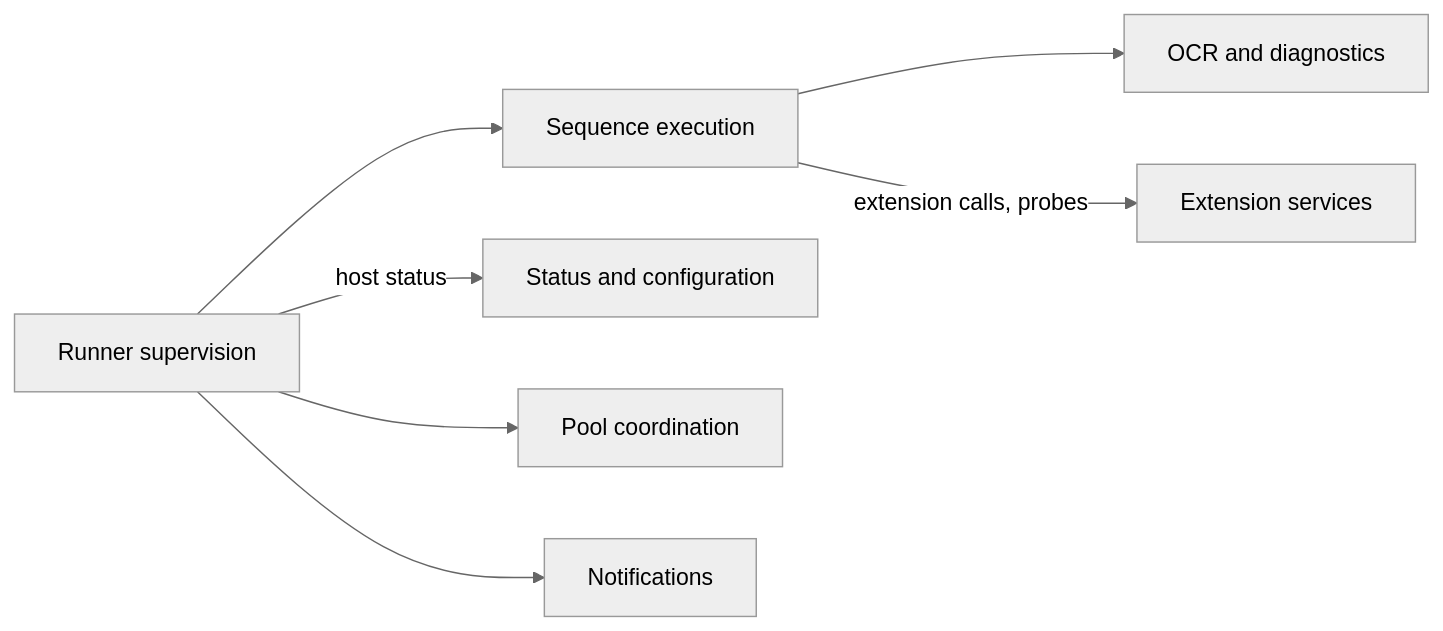
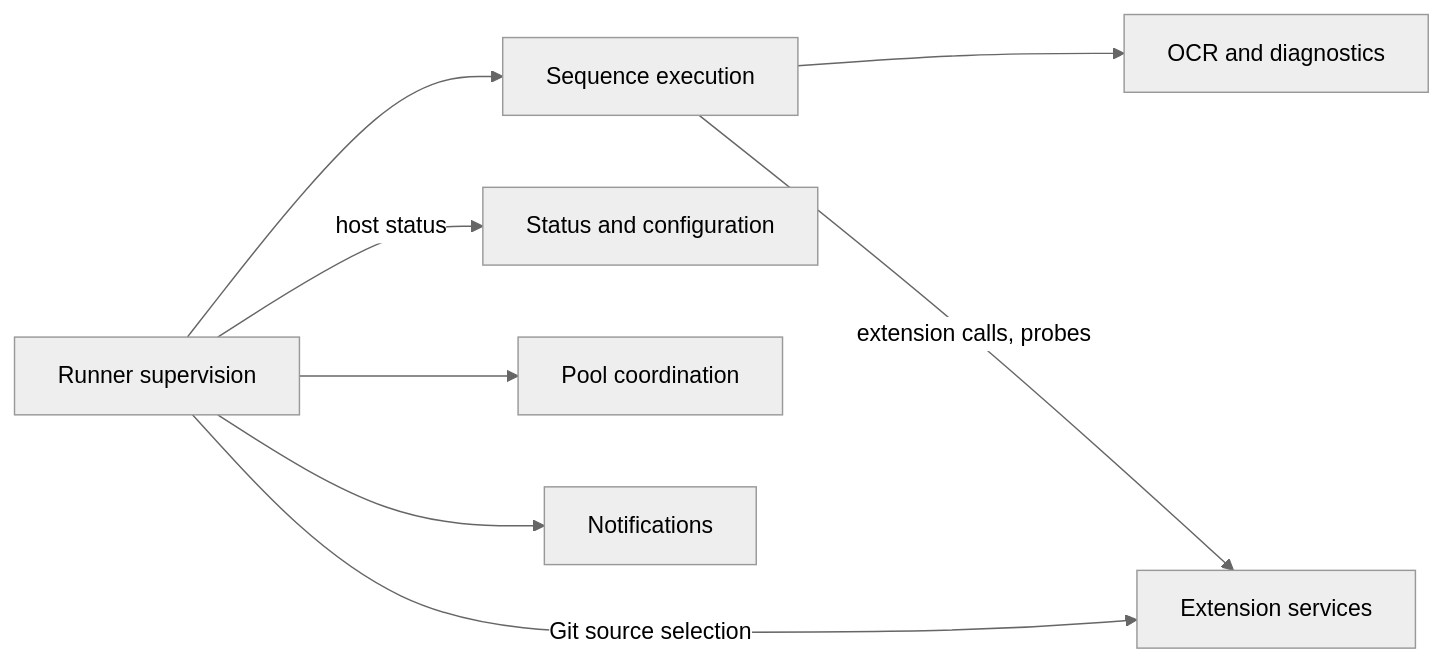
One commit to alissonsol/yuruna changed the third of 7 diagrams in docs/design/02-component-breakdown.md. Above: the diagram before and after it, drawn with Mermaid (neutral theme). The commit also changed other lines of this file and 1396 other files, not shown here.

````diff
--- a/docs/design/02-component-breakdown.md
+++ b/docs/design/02-component-breakdown.md
@@ -114,16 +136,17 @@
 ```mermaid
 flowchart LR
     start-test-runner-ps1["Runner supervision"]
     test-sequence-runner-psm1["Sequence execution"]
     test-ocr-engine-psm1["OCR and diagnostics"]
     start-status-service-ps1["Status and configuration"]
     test-pool["Pool coordination"]
     test-extension["Extension services"]
     test-notify-psm1["Notifications"]
     start-test-runner-ps1 --> test-sequence-runner-psm1
     test-sequence-runner-psm1 --> test-ocr-engine-psm1
     start-test-runner-ps1 -->|host status| start-status-service-ps1
     start-test-runner-ps1 --> test-pool
     start-test-runner-ps1 --> test-notify-psm1
     test-sequence-runner-psm1 -->|extension calls, probes| test-extension
+    start-test-runner-ps1 -->|Git source selection| test-extension
 ```
````
